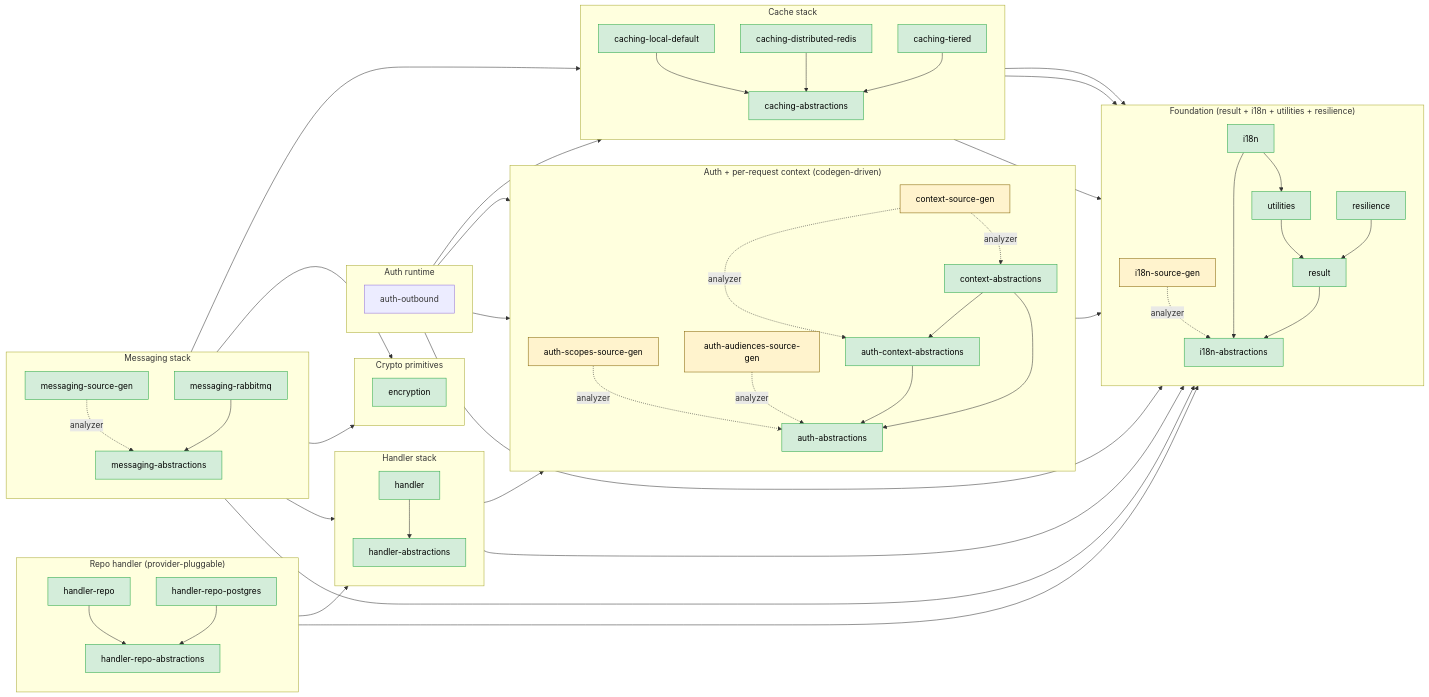
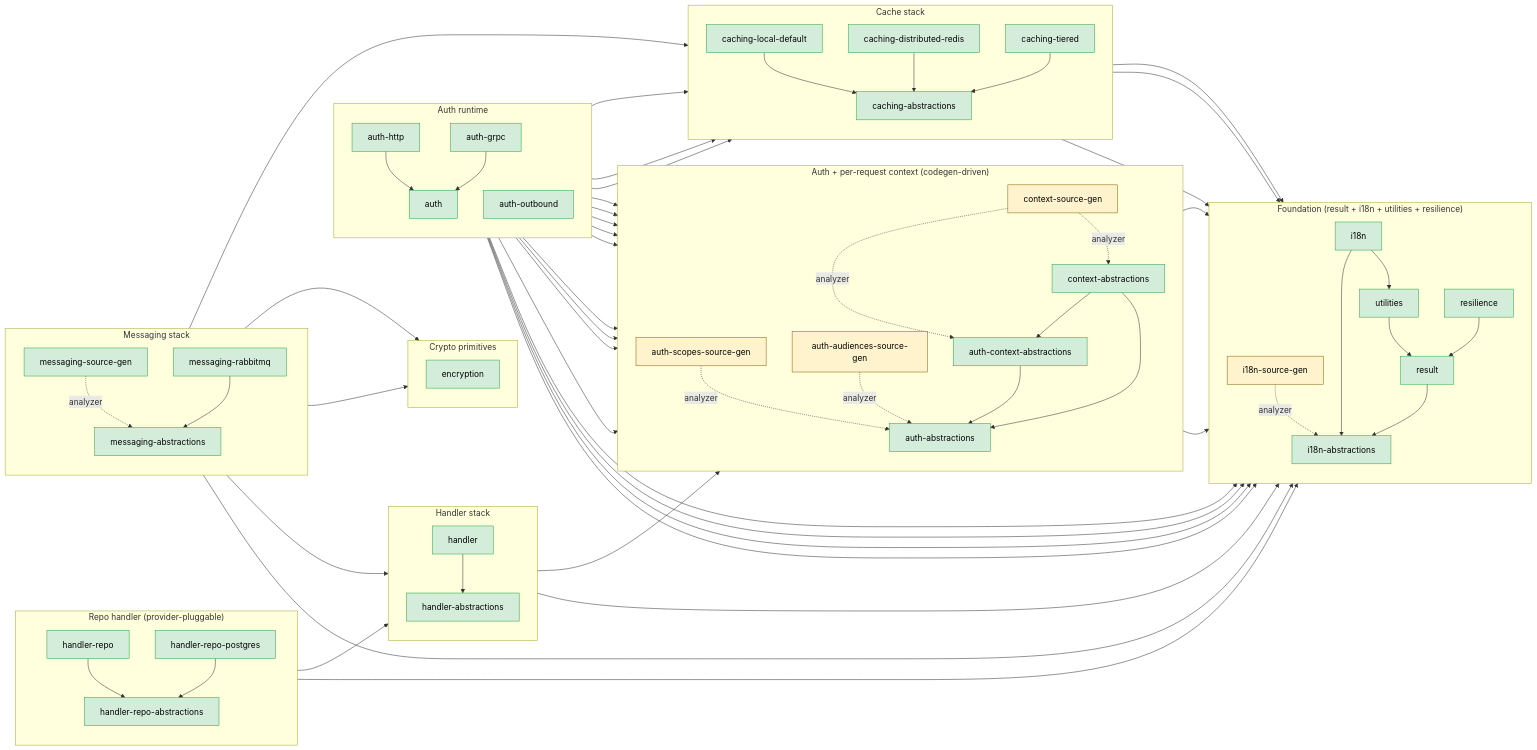
The diagram in server/shared/dotnet/README.md (DSCV-io/D2-WORX), drawn with Mermaid before and after one commit. The commit also changed other lines of this file and 127 other files, not shown here.

````diff
--- a/server/shared/dotnet/README.md
+++ b/server/shared/dotnet/README.md
@@ -95,6 +97,12 @@
         CtxAbs --> AuthAbs
     end
 
+    %% auth-abstractions also references the foundation Result + i18n-abstractions
+    %% (for D2Result<T> on IJwksProvider / ISessionLivenessTracker contracts) plus
+    %% Microsoft.IdentityModel.Tokens (NuGet) for SecurityKey on JwksKeySetSnapshot.
+    %% Cross-subgraph edge from AuthAbs to Result is implicit but load-bearing.
+    AuthAbs --> Result
+
     subgraph HANDLER["Handler stack"]
         direction TB
         HandlerAbs[handler-abstractions]
@@ -105,8 +113,20 @@
 
     subgraph AUTHRUNTIME["Auth runtime"]
         direction TB
+        Auth[auth]
+        AuthHttp[auth-http]
+        AuthGrpc[auth-grpc]
         AuthOutbound[auth-outbound]
 
+        Auth --> AuthAbs
+        Auth --> AuthCtxAbs
+        Auth --> CtxAbs
+        AuthHttp --> Auth
+        AuthHttp --> AuthAbs
+        AuthHttp --> CtxAbs
+        AuthGrpc --> Auth
+        AuthGrpc --> AuthAbs
+        AuthGrpc --> CtxAbs
         AuthOutbound --> AuthAbs
         AuthOutbound --> CtxAbs
     end
@@ -160,11 +180,16 @@
     CacheRedis --> Utilities
     AuthOutbound --> CacheAbs
     AuthOutbound --> Resilience
+    Auth --> CacheAbs
+    Auth --> CacheTiered
+    Auth --> Resilience
+    Auth --> Result
+    Auth --> Utilities
     MsgAbs --> Handler
     MsgAbs --> Encryption
     MsgRabbit --> Encryption
     MsgRabbit --> CacheAbs
     MsgRabbit --> Resilience
 
-    class I18nAbs,I18n,Result,Utilities,Resilience,AuthAbs,AuthCtxAbs,CtxAbs,HandlerAbs,Handler,RepoAbs,Repo,RepoPg,Encryption,CacheAbs,CacheLocal,CacheRedis,CacheTiered,MsgAbs,MsgRabbit,MsgSrcGen built
+    class I18nAbs,I18n,Result,Utilities,Resilience,AuthAbs,AuthCtxAbs,CtxAbs,HandlerAbs,Handler,RepoAbs,Repo,RepoPg,Encryption,CacheAbs,CacheLocal,CacheRedis,CacheTiered,Auth,AuthHttp,AuthGrpc,AuthOutbound,MsgAbs,MsgRabbit,MsgSrcGen built
 ```
````
